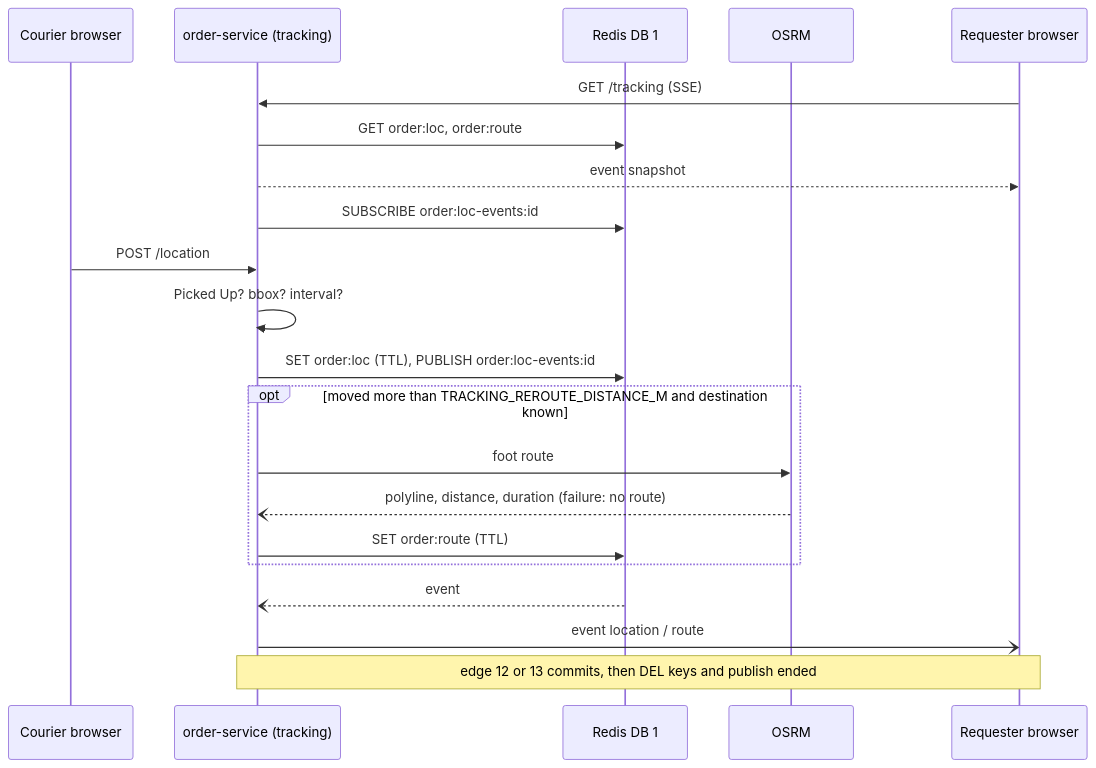
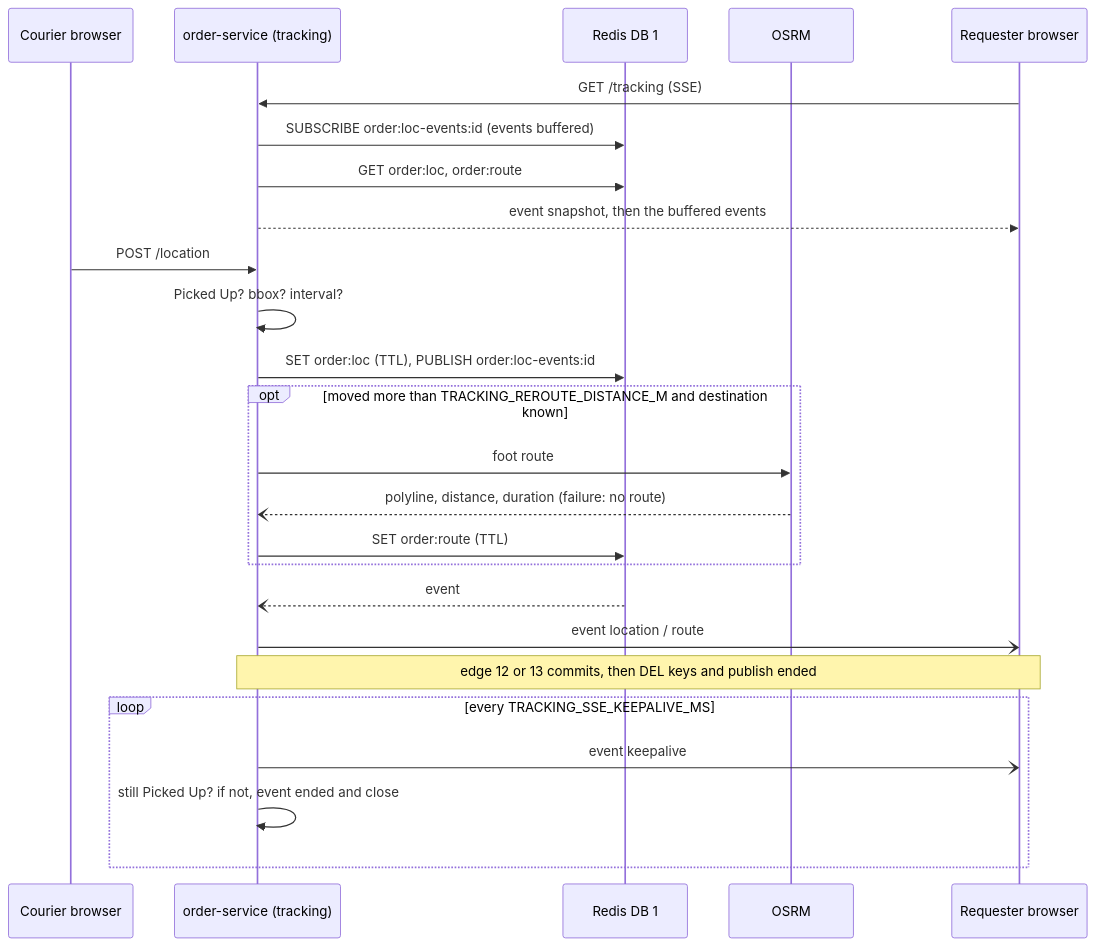
Before and after one commit to AY2627S1-CS3219-P27/FoC: the fifth of 5 diagrams in order-service/ARCHITECTURE.md, drawn with Mermaid. The commit also changed other lines of this file and 2 other files, not shown here.

Commit message:
docs(order-service): align tracking docs with reviewed behaviour
Claude-Session: https://claude.ai/code/session_01SEHesDzQBay6GG1KCnqDid

````diff
--- a/order-service/ARCHITECTURE.md
+++ b/order-service/ARCHITECTURE.md
@@ -334,23 +334,27 @@
 ```mermaid
 sequenceDiagram
   participant C as Courier browser
   participant O as order-service (tracking)
   participant R as Redis DB 1
   participant Q as OSRM
   participant Rq as Requester browser
   Rq->>O: GET /tracking (SSE)
+  O->>R: SUBSCRIBE order:loc-events:id (events buffered)
   O->>R: GET order:loc, order:route
-  O-->>Rq: event snapshot
-  O->>R: SUBSCRIBE order:loc-events:id
+  O-->>Rq: event snapshot, then the buffered events
   C->>O: POST /location
   O->>O: Picked Up? bbox? interval?
   O->>R: SET order:loc (TTL), PUBLISH order:loc-events:id
   opt moved more than TRACKING_REROUTE_DISTANCE_M and destination known
     O->>Q: foot route
     Q--)O: polyline, distance, duration (failure: no route)
     O->>R: SET order:route (TTL)
   end
   R--)O: event
   O-)Rq: event location / route
   Note over O,Rq: edge 12 or 13 commits, then DEL keys and publish ended
+  loop every TRACKING_SSE_KEEPALIVE_MS
+    O-)Rq: event keepalive
+    O->>O: still Picked Up? if not, event ended and close
+  end
 ```
````
